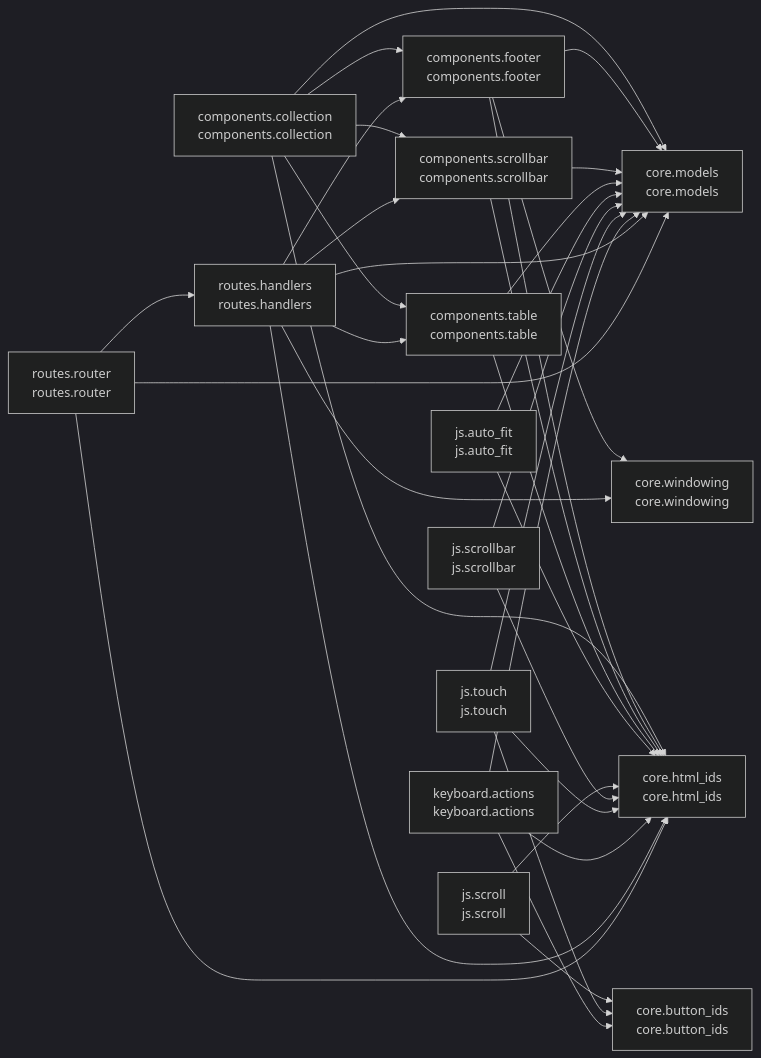
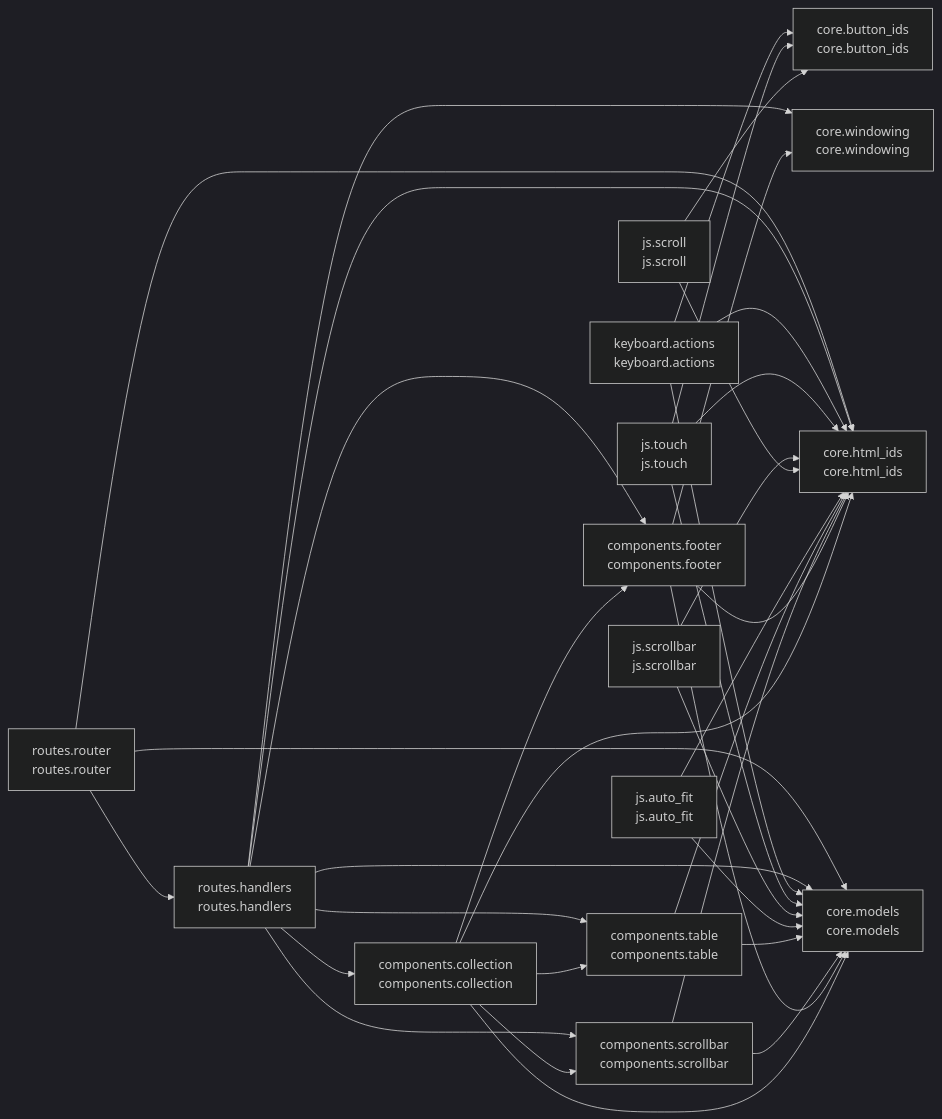
The diagram in README.md (cj-mills/cjm-fasthtml-virtual-collection), drawn with Mermaid (dark theme) before and after one commit. The commit also changed other lines of this file and 7 other files, not shown here.

````diff
--- a/README.md
+++ b/README.md
@@ -40,52 +40,53 @@
 ``` mermaid
 graph LR
     components_collection[components.collection<br/>components.collection]
     components_footer[components.footer<br/>components.footer]
     components_scrollbar[components.scrollbar<br/>components.scrollbar]
     components_table[components.table<br/>components.table]
     core_button_ids[core.button_ids<br/>core.button_ids]
     core_html_ids[core.html_ids<br/>core.html_ids]
     core_models[core.models<br/>core.models]
     core_windowing[core.windowing<br/>core.windowing]
     js_auto_fit[js.auto_fit<br/>js.auto_fit]
     js_scroll[js.scroll<br/>js.scroll]
     js_scrollbar[js.scrollbar<br/>js.scrollbar]
     js_touch[js.touch<br/>js.touch]
     keyboard_actions[keyboard.actions<br/>keyboard.actions]
     routes_handlers[routes.handlers<br/>routes.handlers]
     routes_router[routes.router<br/>routes.router]
 
+    components_collection --> components_table
+    components_collection --> core_html_ids
+    components_collection --> core_models
+    components_collection --> components_scrollbar
     components_collection --> components_footer
-    components_collection --> components_table
-    components_collection --> components_scrollbar
-    components_collection --> core_models
-    components_collection --> core_html_ids
     components_footer --> core_models
+    components_footer --> core_html_ids
     components_footer --> core_windowing
-    components_footer --> core_html_ids
     components_scrollbar --> core_models
     components_scrollbar --> core_html_ids
+    components_table --> core_html_ids
     components_table --> core_models
-    components_table --> core_html_ids
     js_auto_fit --> core_models
     js_auto_fit --> core_html_ids
     js_scroll --> core_button_ids
     js_scroll --> core_html_ids
     js_scrollbar --> core_models
     js_scrollbar --> core_html_ids
+    js_touch --> core_models
     js_touch --> core_button_ids
-    js_touch --> core_models
     js_touch --> core_html_ids
+    keyboard_actions --> core_models
     keyboard_actions --> core_button_ids
-    keyboard_actions --> core_models
     keyboard_actions --> core_html_ids
+    routes_handlers --> components_table
+    routes_handlers --> core_windowing
+    routes_handlers --> core_html_ids
+    routes_handlers --> core_models
+    routes_handlers --> components_scrollbar
+    routes_handlers --> components_collection
     routes_handlers --> components_footer
-    routes_handlers --> components_table
-    routes_handlers --> components_scrollbar
-    routes_handlers --> core_windowing
-    routes_handlers --> core_models
-    routes_handlers --> core_html_ids
     routes_router --> routes_handlers
+    routes_router --> core_html_ids
     routes_router --> core_models
-    routes_router --> core_html_ids
 ```
````
